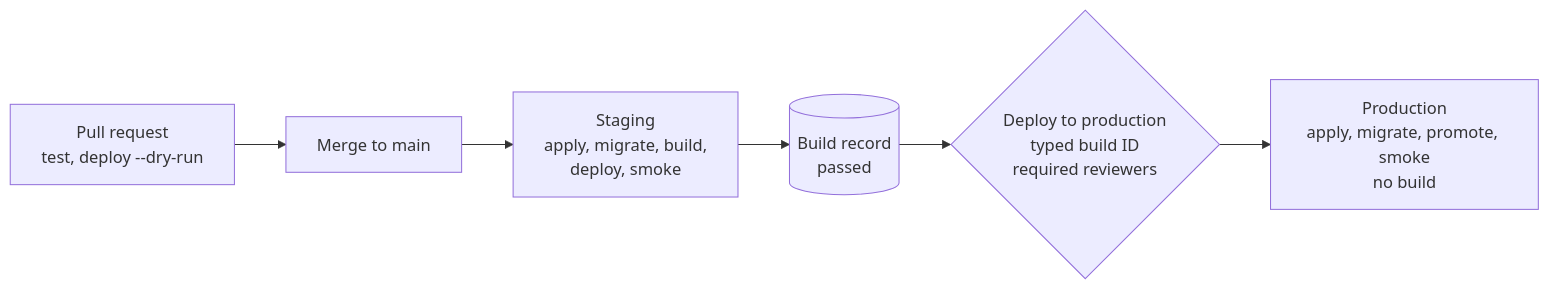
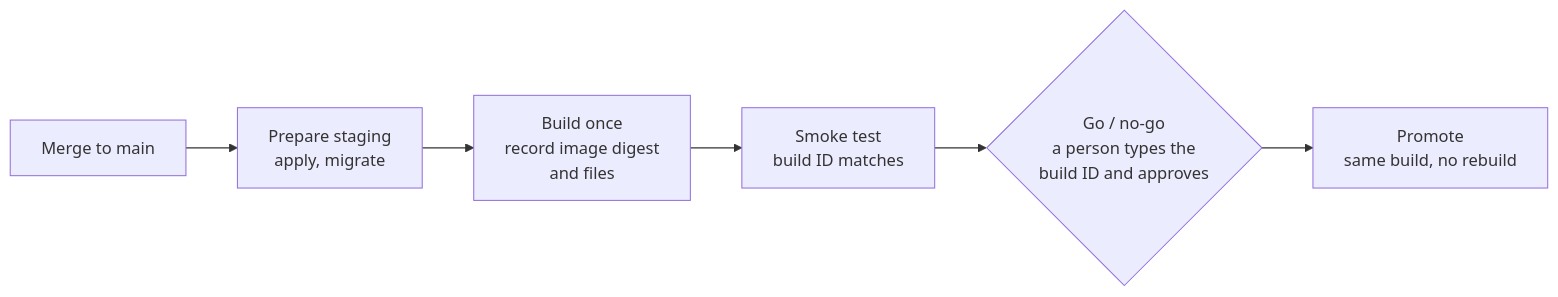
One commit to dannycalleri/turbo-vibe changed the diagram in README.md. Above: the diagram before and after it, drawn with Mermaid. The commit also changed other lines of this file and 6 other files, not shown here.

````diff
--- a/README.md
+++ b/README.md
@@ -42,8 +45,8 @@
 ```mermaid
 flowchart LR
-    pr["Pull request<br/>test, deploy --dry-run"] --> merge["Merge to main"]
-    merge --> staging["Staging<br/>apply, migrate, build,<br/>deploy, smoke"]
-    staging --> record[("Build record<br/>passed")]
-    record --> approve{"Deploy to production<br/>typed build ID<br/>required reviewers"}
-    approve --> production["Production<br/>apply, migrate, promote, smoke<br/>no build"]
+    merge["Merge to main"] --> prepare["Prepare staging<br/>apply, migrate"]
+    prepare --> build["Build once<br/>record image digest<br/>and files"]
+    build --> smoke["Smoke test<br/>build ID matches"]
+    smoke --> gate{"Go / no-go<br/>a person types the<br/>build ID and approves"}
+    gate --> promote["Promote<br/>same build, no rebuild"]
 ```
````
